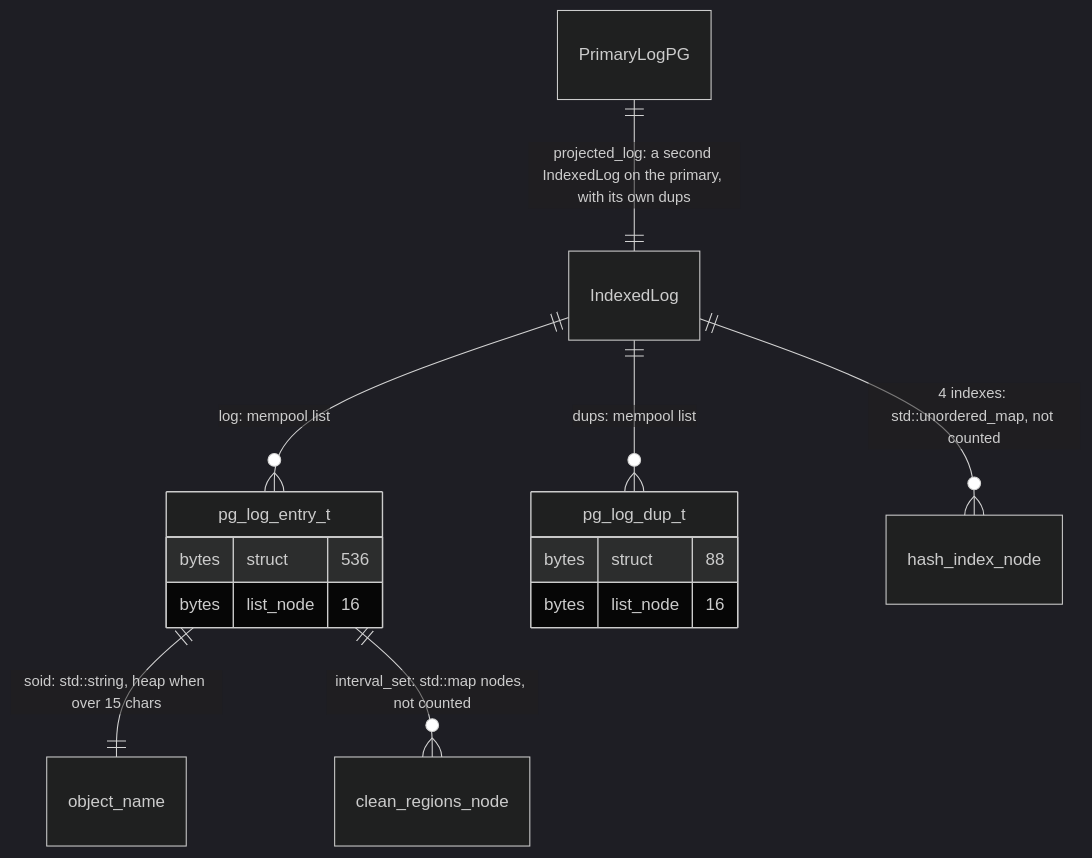
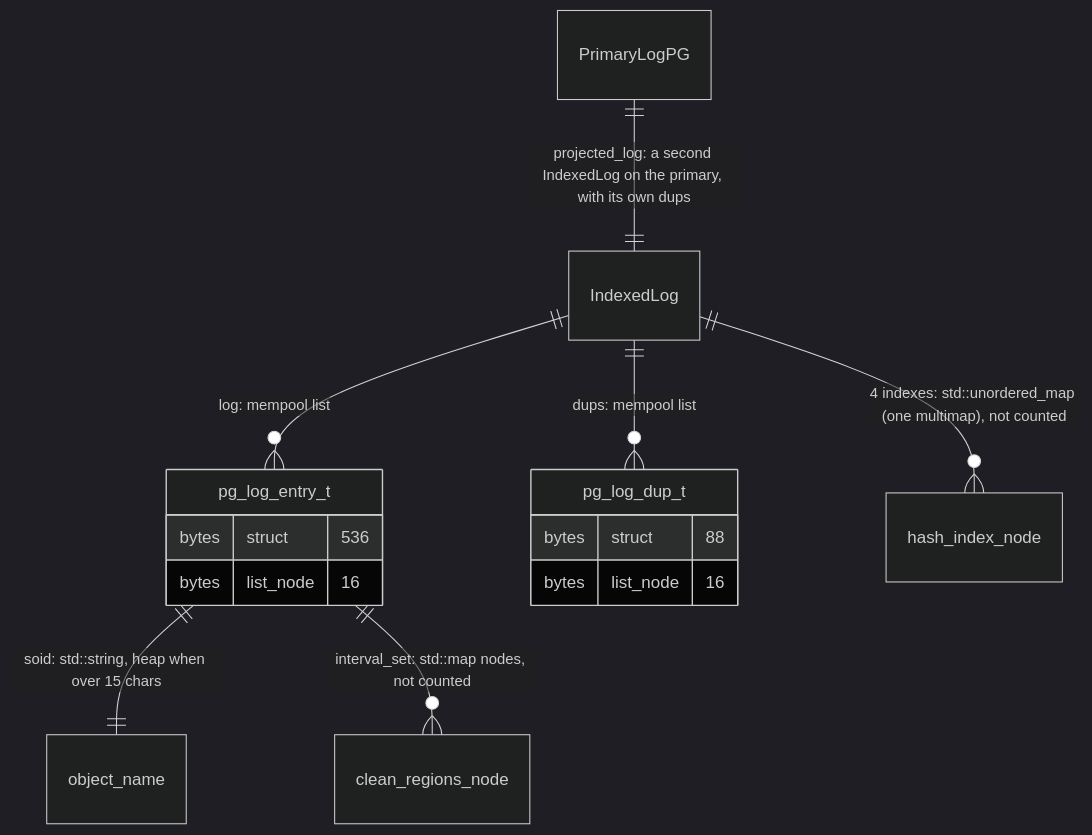
Before and after one commit to ming1/ming1.github.io: diagram 17 of 20 in _posts/2026-10-21-ceph-memory-management.md, drawn with Mermaid (dark theme). The commit also changed other lines of this file, not shown here.

First line of the commit message:
ceph memory management: §16, every allocation of one I/O end to end

````diff
--- a/_posts/2026-10-21-ceph-memory-management.md
+++ b/_posts/2026-10-21-ceph-memory-management.md
@@ -2140,17 +2167,17 @@
 ```mermaid
 erDiagram
     PrimaryLogPG ||--|| IndexedLog : "projected_log: a second IndexedLog on the primary, with its own dups"
     IndexedLog ||--o{ pg_log_entry_t : "log: mempool list"
     IndexedLog ||--o{ pg_log_dup_t : "dups: mempool list"
-    IndexedLog ||--o{ hash_index_node : "4 indexes: std::unordered_map, not counted"
+    IndexedLog ||--o{ hash_index_node : "4 indexes: std::unordered_map (one multimap), not counted"
     pg_log_entry_t ||--|| object_name : "soid: std::string, heap when over 15 chars"
     pg_log_entry_t ||--o{ clean_regions_node : "interval_set: std::map nodes, not counted"
     pg_log_entry_t {
         bytes struct "536"
         bytes list_node "16"
     }
     pg_log_dup_t {
         bytes struct "88"
         bytes list_node "16"
     }
 ```
````
